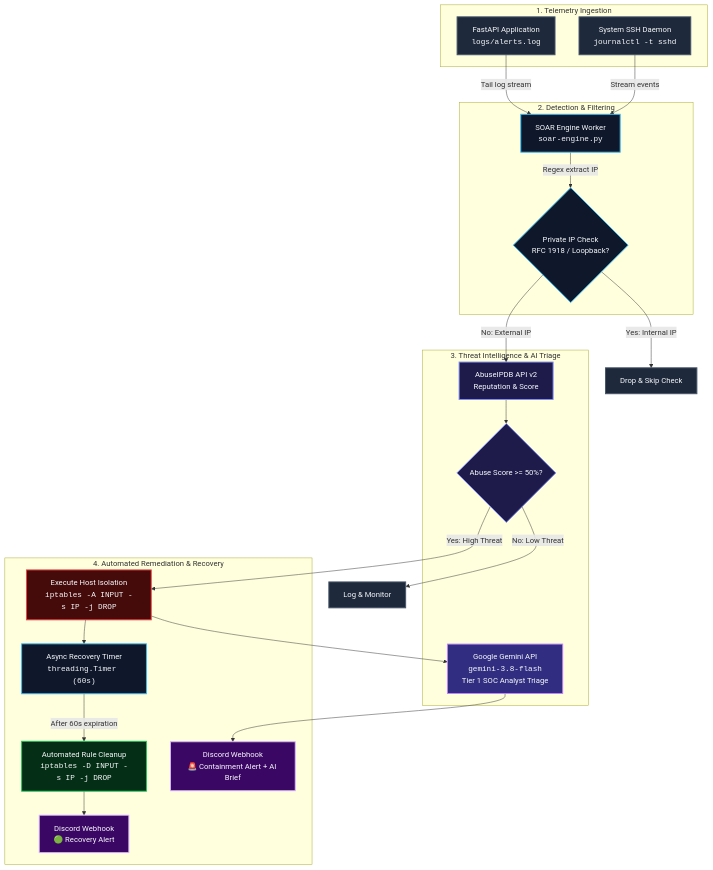
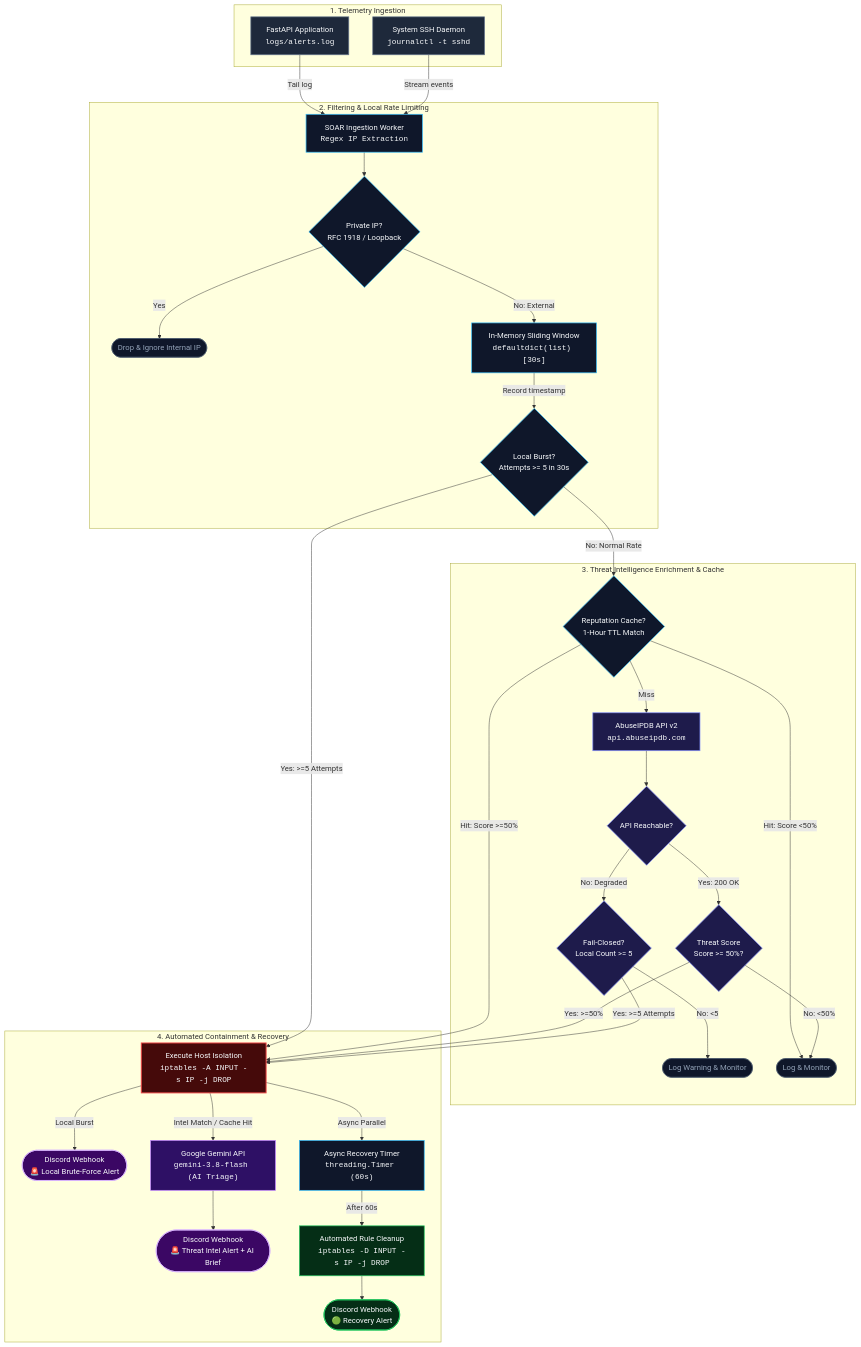
One commit to bjornargu/lightweight-soar changed the diagram in README.md. Above: the diagram before and after it, drawn with Mermaid. The commit also changed other lines of this file and 2 other files, not shown here.

Commit message:
added TTL-cache fallback and brute-force protection

````diff
--- a/README.md
+++ b/README.md
@@ -12,56 +15,83 @@
 ```mermaid
 flowchart TD
-    %% Styling
-    classDef source fill:#1e293b,stroke:#475569,stroke-width:2px,color:#f8fafc;
-    classDef engine fill:#0f172a,stroke:#38bdf8,stroke-width:2px,color:#f8fafc;
-    classDef enrich fill:#1e1b4b,stroke:#818cf8,stroke-width:2px,color:#f8fafc;
-    classDef ai fill:#312e81,stroke:#c084fc,stroke-width:2px,color:#f8fafc;
+    %% Styling & Theme Palette
+    classDef source fill:#1e293b,stroke:#64748b,stroke-width:1.5px,color:#f8fafc;
+    classDef engine fill:#0f172a,stroke:#38bdf8,stroke-width:1.5px,color:#f8fafc;
+    classDef enrich fill:#1e1b4b,stroke:#818cf8,stroke-width:1.5px,color:#f8fafc;
     classDef block fill:#450a0a,stroke:#ef4444,stroke-width:2px,color:#f8fafc;
-    classDef recover fill:#052e16,stroke:#22c55e,stroke-width:2px,color:#f8fafc;
-    classDef alert fill:#3b0764,stroke:#d8b4fe,stroke-width:2px,color:#f8fafc;
+    classDef ai fill:#2e1065,stroke:#c084fc,stroke-width:1.5px,color:#f8fafc;
+    classDef alert fill:#3b0764,stroke:#d8b4fe,stroke-width:1.5px,color:#f8fafc;
+    classDef recover fill:#052e16,stroke:#22c55e,stroke-width:1.5px,color:#f8fafc;
+    classDef muted fill:#0f172a,stroke:#475569,stroke-width:1px,color:#94a3b8;
 
-    %% Ingestion Sources
+    %% 1. Telemetry Ingestion
     subgraph Ingestion["1. Telemetry Ingestion"]
         APP["FastAPI Application<br/><code>logs/alerts.log</code>"]:::source
         SSH["System SSH Daemon<br/><code>journalctl -t sshd</code>"]:::source
     end
 
-    %% Core Engine & Parsing
-    subgraph Engine["2. Detection & Filtering"]
-        SOAR["SOAR Engine Worker<br/><code>soar-engine.py</code>"]:::engine
-        FILTER{"Private IP Check<br/>RFC 1918 / Loopback?"}:::engine
+    %% 2. Filtering & Local Rate Limiting
+    subgraph Filtering["2. Filtering & Local Rate Limiting"]
+        SOAR["SOAR Ingestion Worker<br/><code>Regex IP Extraction</code>"]:::engine
+        FILTER{"Private IP?<br/>RFC 1918 / Loopback"}:::engine
+        SKIP(["Drop & Ignore Internal IP"]):::muted
+        WINDOW["In-Memory Sliding Window<br/><code>defaultdict(list) [30s]</code>"]:::engine
+        BURST{"Local Burst?<br/>Attempts >= 5 in 30s"}:::engine
     end
 
-    APP -->|Tail log stream| SOAR
-    SSH -->|Stream events| SOAR
-    SOAR -->|Regex extract IP| FILTER
-
-    FILTER -->|Yes: Internal IP| SKIP["Drop & Skip Check"]:::source
-    FILTER -->|No: External IP| API
-
-    %% Threat Intelligence & AI Triage
-    subgraph Analysis["3. Threat Intelligence & AI Triage"]
-        API["AbuseIPDB API v2<br/>Reputation & Score"]:::enrich
-        SCORE{"Abuse Score >= 50%?"}:::enrich
-        GEMINI["Google Gemini API<br/><code>gemini-3.8-flash</code><br/>Tier 1 SOC Analyst Triage"]:::ai
+    %% 3. Threat Intelligence Enrichment & Cache
+    subgraph Enrichment["3. Threat Intelligence Enrichment & Cache"]
+        CACHE{"Reputation Cache?<br/>1-Hour TTL Match"}:::engine
+        API["AbuseIPDB API v2<br/><code>api.abuseipdb.com</code>"]:::enrich
+        STATUS{"API Reachable?"}:::enrich
+        SCORE{"Threat Score<br/>Score >= 50%?"}:::enrich
+        FAIL_CLOSED{"Fail-Closed?<br/>Local Count >= 5"}:::enrich
+        LOG_WARN(["Log Warning & Monitor"]):::muted
+        LOG_MONITOR(["Log & Monitor"]):::muted
     end
 
-    API --> SCORE
-    SCORE -->|No: Low Threat| LOG["Log & Monitor"]:::source
-    SCORE -->|Yes: High Threat| IPTABLES
-
-    %% Automated Remediation & Alerts
-    subgraph Response["4. Automated Remediation & Recovery"]
+    %% 4. Automated Containment & Recovery
+    subgraph Containment["4. Automated Containment & Recovery"]
         IPTABLES["Execute Host Isolation<br/><code>iptables -A INPUT -s IP -j DROP</code>"]:::block
+        ALERT_BURST(["Discord Webhook<br/>🚨 Local Brute-Force Alert"]):::alert
+        GEMINI["Google Gemini API<br/><code>gemini-3.8-flash (AI Triage)</code>"]:::ai
+        ALERT_INTEL(["Discord Webhook<br/>🚨 Threat Intel Alert + AI Brief"]):::alert
         TIMER["Async Recovery Timer<br/><code>threading.Timer (60s)</code>"]:::engine
         CLEANUP["Automated Rule Cleanup<br/><code>iptables -D INPUT -s IP -j DROP</code>"]:::recover
-        DISCORD_BLOCK["Discord Webhook<br/>🚨 Containment Alert + AI Brief"]:::alert
-        DISCORD_UNBLOCK["Discord Webhook<br/>🟢 Recovery Alert"]:::alert
+        ALERT_RECOVER(["Discord Webhook<br/>🟢 Recovery Alert"]):::recover
     end
 
-    IPTABLES --> GEMINI
-    GEMINI --> DISCORD_BLOCK
-    IPTABLES --> TIMER
-    TIMER -->|After 60s expiration| CLEANUP
-    CLEANUP --> DISCORD_UNBLOCK
+    %% Pipeline Connections
+    APP -->|Tail log| SOAR
+    SSH -->|Stream events| SOAR
+    SOAR --> FILTER
+
+    FILTER -->|Yes| SKIP
+    FILTER -->|No: External| WINDOW
+    WINDOW -->|Record timestamp| BURST
+
+    BURST -->|No: Normal Rate| CACHE
+    BURST -->|Yes: >=5 Attempts| IPTABLES
+
+    CACHE -->|Hit: Score >=50%| IPTABLES
+    CACHE -->|Hit: Score <50%| LOG_MONITOR
+    CACHE -->|Miss| API
+
+    API --> STATUS
+    STATUS -->|Yes: 200 OK| SCORE
+    STATUS -->|No: Degraded| FAIL_CLOSED
+
+    SCORE -->|No: <50%| LOG_MONITOR
+    SCORE -->|Yes: >=50%| IPTABLES
+
+    FAIL_CLOSED -->|No: <5| LOG_WARN
+    FAIL_CLOSED -->|Yes: >=5 Attempts| IPTABLES
+
+    %% Post-Containment Parallel Branches
+    IPTABLES -->|Local Burst| ALERT_BURST
+    IPTABLES -->|Intel Match / Cache Hit| GEMINI
+    GEMINI --> ALERT_INTEL
+    IPTABLES -->|Async Parallel| TIMER
+    TIMER -->|After 60s| CLEANUP
+    CLEANUP --> ALERT_RECOVER
 ```
````
